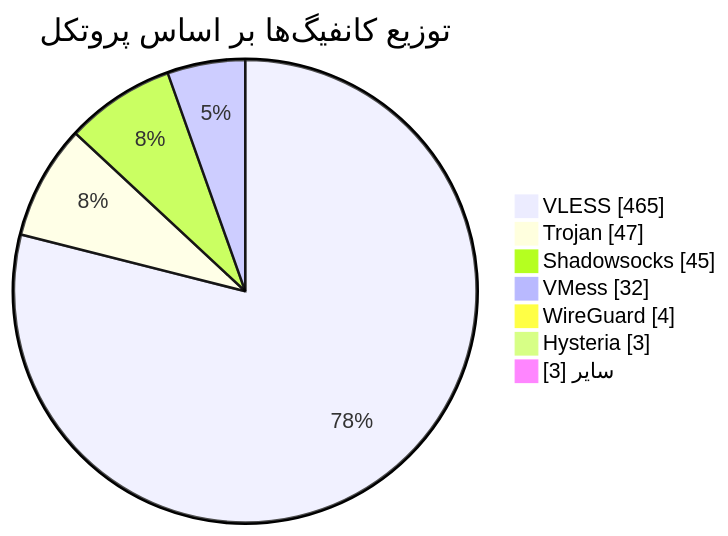
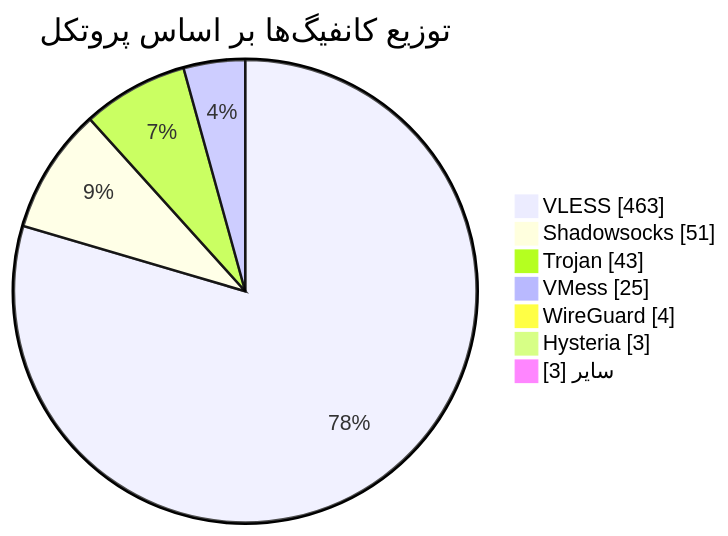
The diagram in README.md (Arian-Alijani/Somthing), drawn with Mermaid before and after one commit. The commit also changed other lines of this file and 17 other files, not shown here.

````diff
--- a/README.md
+++ b/README.md
@@ -49,11 +49,11 @@
 ```mermaid
 pie showData
     title توزیع کانفیگ‌ها بر اساس پروتکل
-    "VLESS" : 465
-    "Trojan" : 47
-    "Shadowsocks" : 45
-    "VMess" : 32
+    "VLESS" : 463
+    "Shadowsocks" : 51
+    "Trojan" : 43
+    "VMess" : 25
     "WireGuard" : 4
     "Hysteria" : 3
     "سایر" : 3
 ```
````
